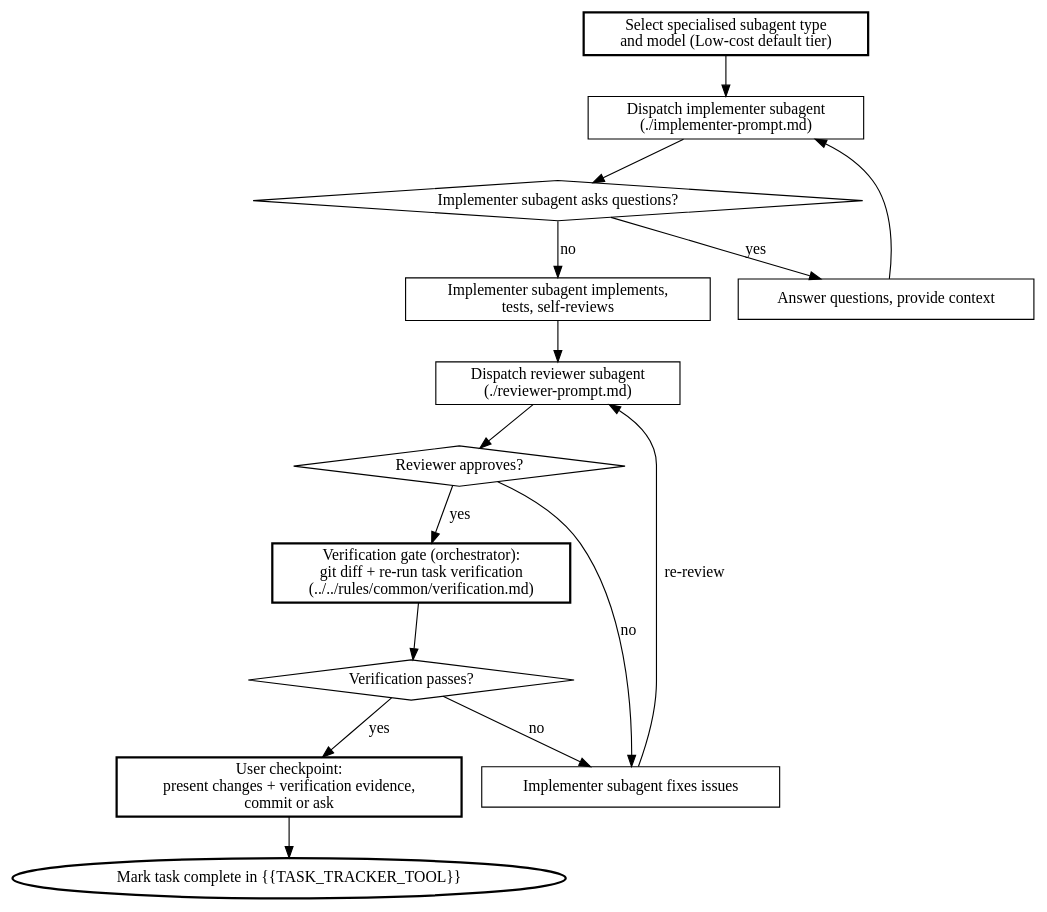
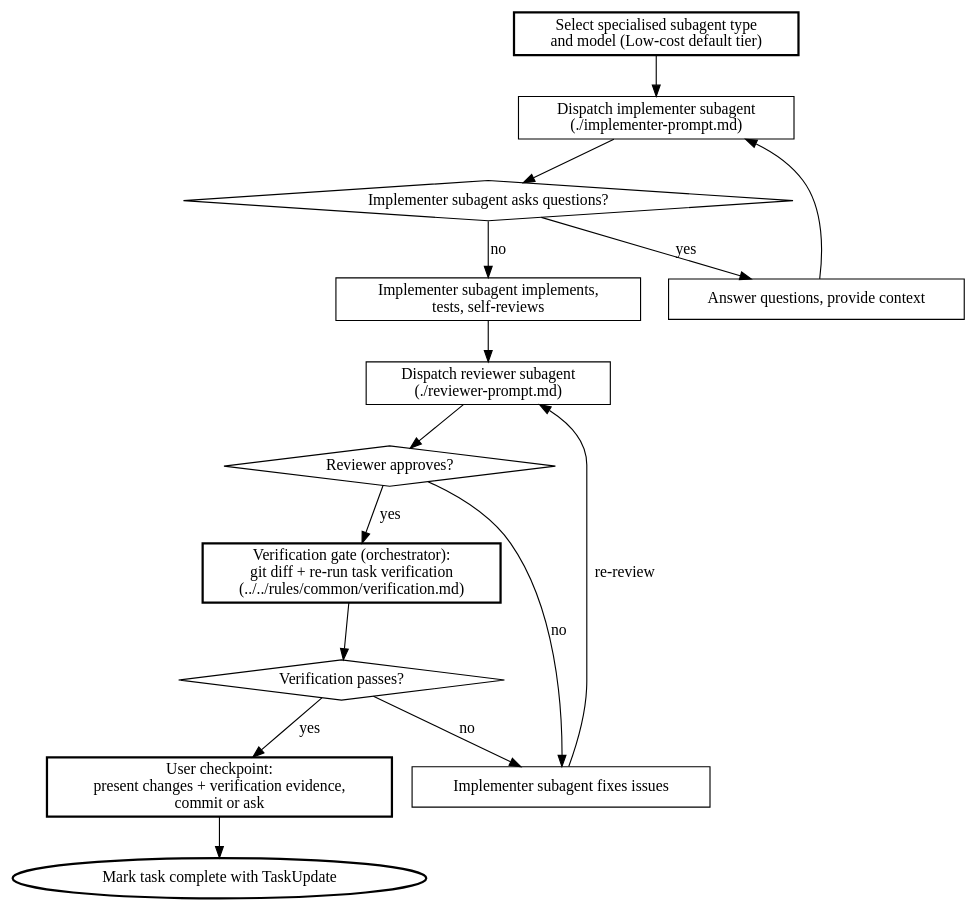
Before and after one commit to philipobenito/elelem: the diagram in skills/subagent-driven-development/SKILL.md, drawn with Graphviz. The commit also changed other lines of this file and 23 other files, not shown here.

````diff
--- a/skills/subagent-driven-development/SKILL.md
+++ b/skills/subagent-driven-development/SKILL.md
@@ -87,33 +87,33 @@
 ```dot
 digraph per_task_pipeline {
     rankdir=TB;
 
     "Select specialised subagent type\nand model (Low-cost default tier)" [shape=box, style=bold];
     "Dispatch implementer subagent\n(./implementer-prompt.md)" [shape=box];
     "Implementer subagent asks questions?" [shape=diamond];
     "Answer questions, provide context" [shape=box];
     "Implementer subagent implements,\ntests, self-reviews" [shape=box];
     "Dispatch reviewer subagent\n(./reviewer-prompt.md)" [shape=box];
     "Reviewer approves?" [shape=diamond];
     "Implementer subagent fixes issues" [shape=box];
     "Verification gate (orchestrator):\ngit diff + re-run task verification\n(../../rules/common/verification.md)" [shape=box, style=bold];
     "Verification passes?" [shape=diamond];
     "User checkpoint:\npresent changes + verification evidence,\ncommit or ask" [shape=box, style=bold];
-    "Mark task complete in {{TASK_TRACKER_TOOL}}" [style=bold];
+    "Mark task complete with TaskUpdate" [style=bold];
 
     "Select specialised subagent type\nand model (Low-cost default tier)" -> "Dispatch implementer subagent\n(./implementer-prompt.md)";
     "Dispatch implementer subagent\n(./implementer-prompt.md)" -> "Implementer subagent asks questions?";
     "Implementer subagent asks questions?" -> "Answer questions, provide context" [label="yes"];
     "Answer questions, provide context" -> "Dispatch implementer subagent\n(./implementer-prompt.md)";
     "Implementer subagent asks questions?" -> "Implementer subagent implements,\ntests, self-reviews" [label="no"];
     "Implementer subagent implements,\ntests, self-reviews" -> "Dispatch reviewer subagent\n(./reviewer-prompt.md)";
     "Dispatch reviewer subagent\n(./reviewer-prompt.md)" -> "Reviewer approves?";
     "Reviewer approves?" -> "Implementer subagent fixes issues" [label="no"];
     "Implementer subagent fixes issues" -> "Dispatch reviewer subagent\n(./reviewer-prompt.md)" [label="re-review"];
     "Reviewer approves?" -> "Verification gate (orchestrator):\ngit diff + re-run task verification\n(../../rules/common/verification.md)" [label="yes"];
     "Verification gate (orchestrator):\ngit diff + re-run task verification\n(../../rules/common/verification.md)" -> "Verification passes?";
     "Verification passes?" -> "Implementer subagent fixes issues" [label="no"];
     "Verification passes?" -> "User checkpoint:\npresent changes + verification evidence,\ncommit or ask" [label="yes"];
-    "User checkpoint:\npresent changes + verification evidence,\ncommit or ask" -> "Mark task complete in {{TASK_TRACKER_TOOL}}";
+    "User checkpoint:\npresent changes + verification evidence,\ncommit or ask" -> "Mark task complete with TaskUpdate";
 }
 ```
````
